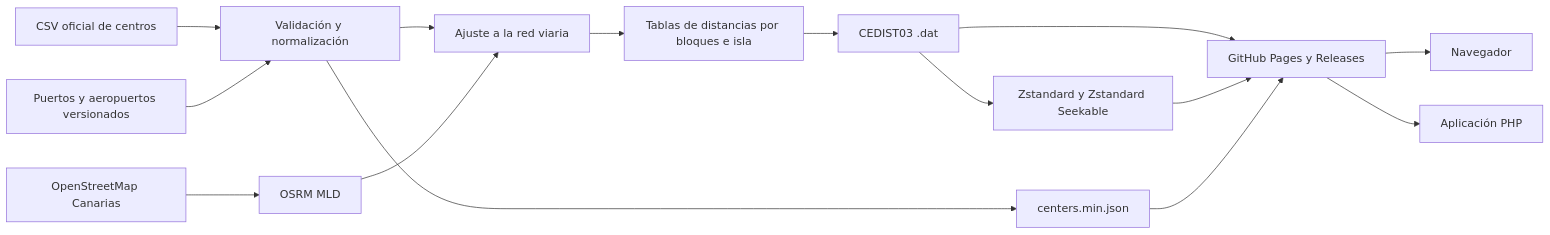
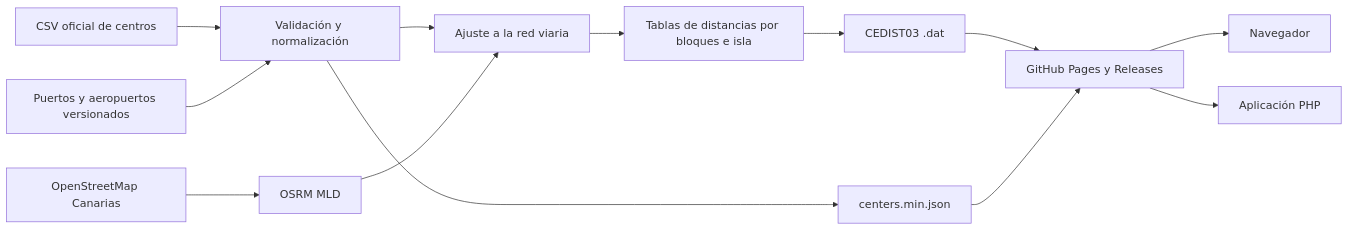
Before and after one commit to ateeducacion/distancias_centros_educativos_canarias: the diagram in docs/architecture.md, drawn with Mermaid. The commit also changed other lines of this file, not shown here.

Commit message:
Simplify architecture documentation

````diff
--- a/docs/architecture.md
+++ b/docs/architecture.md
@@ -5,17 +5,15 @@
 ```mermaid
 flowchart LR
     A[CSV oficial de centros] --> C[Validación y normalización]
     B[Puertos y aeropuertos versionados] --> C
     D[OpenStreetMap Canarias] --> E[OSRM MLD]
     C --> F[Ajuste a la red viaria]
     E --> F
     F --> G[Tablas de distancias por bloques e isla]
     G --> H[CEDIST03 .dat]
-    H --> Z[Zstandard y Zstandard Seekable]
     C --> I[centers.min.json]
     H --> J[GitHub Pages y Releases]
-    Z --> J
     I --> J
     J --> K[Navegador]
     J --> L[Aplicación PHP]
 ```
````
